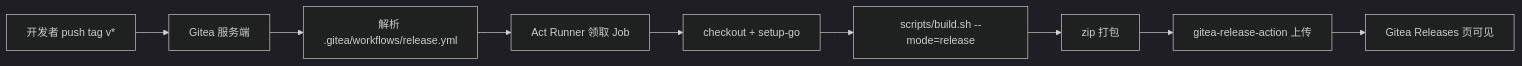
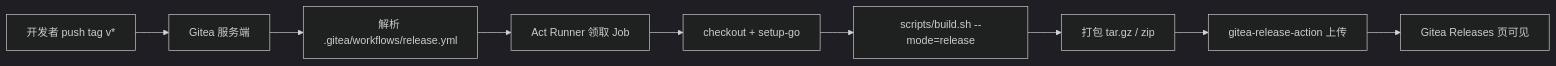
Before and after one commit to astrueus/doc: the diagram in docs/release-gitea-actions.md, drawn with Mermaid (dark theme). The commit also changed other lines of this file and 10 other files, not shown here.

````diff
--- a/docs/release-gitea-actions.md
+++ b/docs/release-gitea-actions.md
@@ -15,11 +15,11 @@
 ```mermaid
 flowchart LR
     A[开发者 push tag v*] --> B[Gitea 服务端]
     B --> C[解析 .gitea/workflows/release.yml]
     C --> D[Act Runner 领取 Job]
     D --> E[checkout + setup-go]
     E --> F[scripts/build.sh --mode=release]
-    F --> G[zip 打包]
+    F --> G[打包 tar.gz / zip]
     G --> H[gitea-release-action 上传]
     H --> I[Gitea Releases 页可见]
 ```
````
